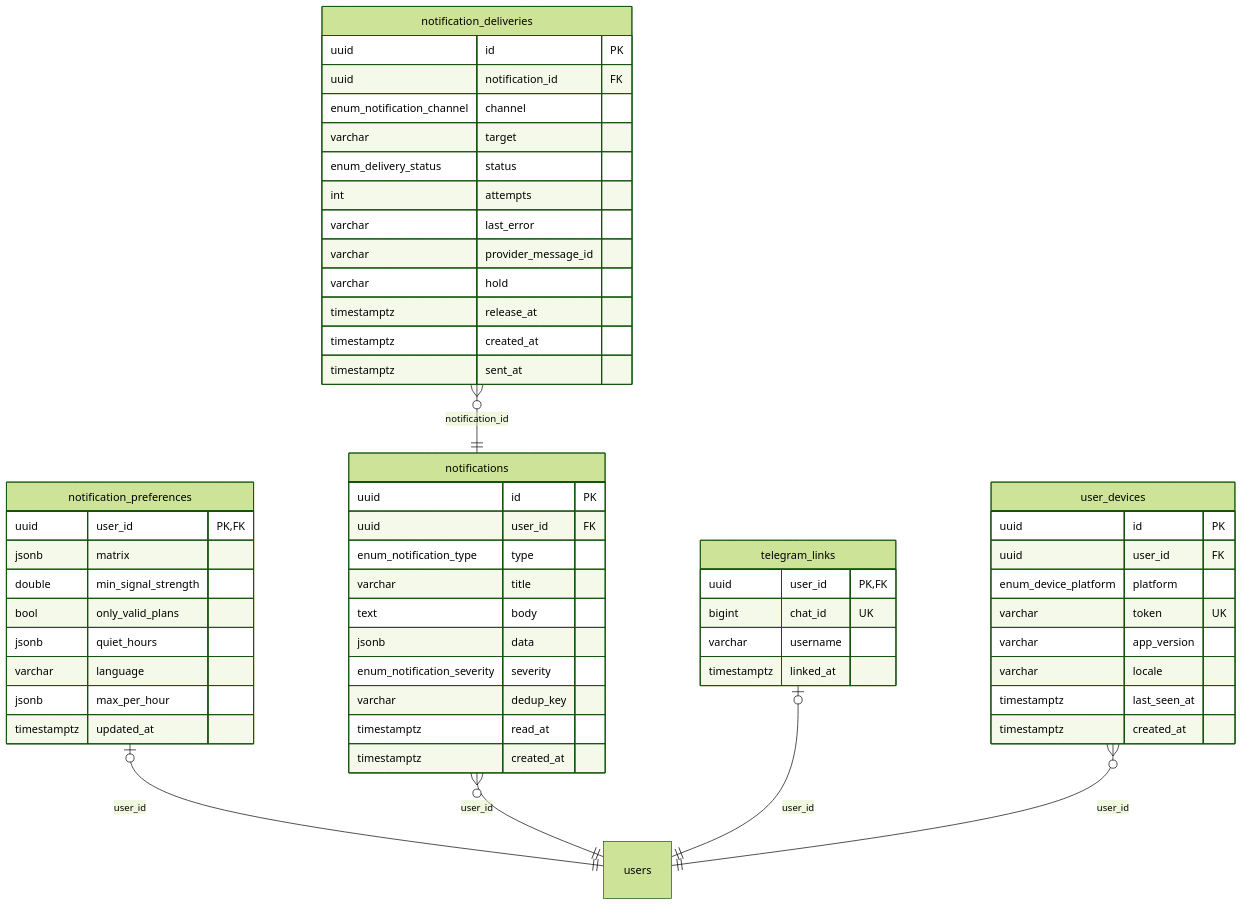
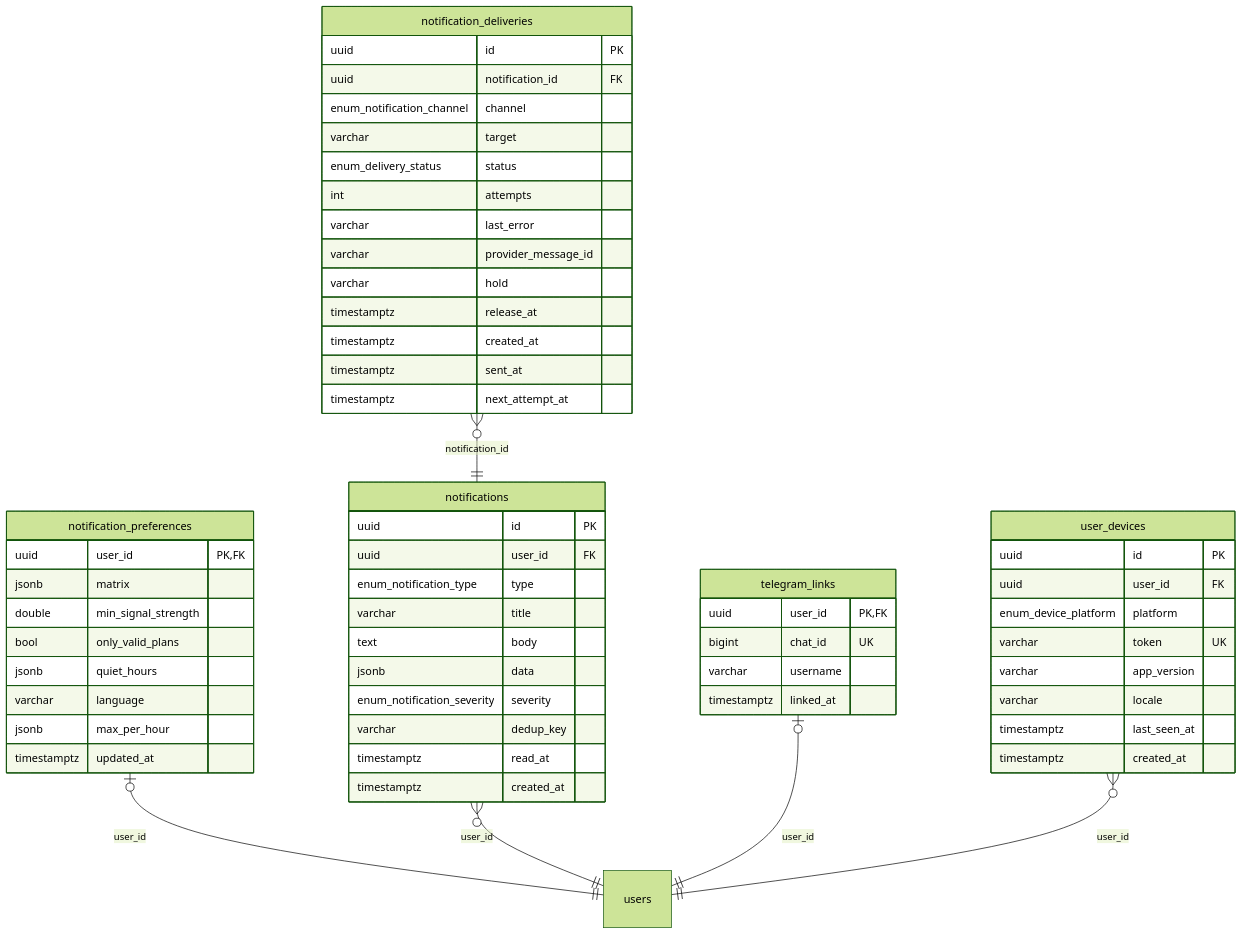
The diagram in docs/erd/mmd/notifications.mmd (yazan-alsamman/ai-trading-analysis-system), drawn with Mermaid (forest theme) before and after one commit. The commit also changed 16 other files, not shown here.

```diff
--- a/docs/erd/mmd/notifications.mmd
+++ b/docs/erd/mmd/notifications.mmd
@@ -1,59 +1,60 @@
 erDiagram
     notifications {
         uuid id PK
         uuid user_id FK
         enum_notification_type type
         varchar title
         text body
         jsonb data
         enum_notification_severity severity
         varchar dedup_key
         timestamptz read_at
         timestamptz created_at
     }
     notification_deliveries {
         uuid id PK
         uuid notification_id FK
         enum_notification_channel channel
         varchar target
         enum_delivery_status status
         int attempts
         varchar last_error
         varchar provider_message_id
         varchar hold
         timestamptz release_at
         timestamptz created_at
         timestamptz sent_at
+        timestamptz next_attempt_at
     }
     notification_preferences {
         uuid user_id PK, FK
         jsonb matrix
         double min_signal_strength
         bool only_valid_plans
         jsonb quiet_hours
         varchar language
         jsonb max_per_hour
         timestamptz updated_at
     }
     telegram_links {
         uuid user_id PK, FK
         bigint chat_id UK
         varchar username
         timestamptz linked_at
     }
     user_devices {
         uuid id PK
         uuid user_id FK
         enum_device_platform platform
         varchar token UK
         varchar app_version
         varchar locale
         timestamptz last_seen_at
         timestamptz created_at
     }
     users
     notification_deliveries }o--|| notifications : "notification_id"
     notification_preferences |o--|| users : "user_id"
     notifications }o--|| users : "user_id"
     telegram_links |o--|| users : "user_id"
     user_devices }o--|| users : "user_id"
```
